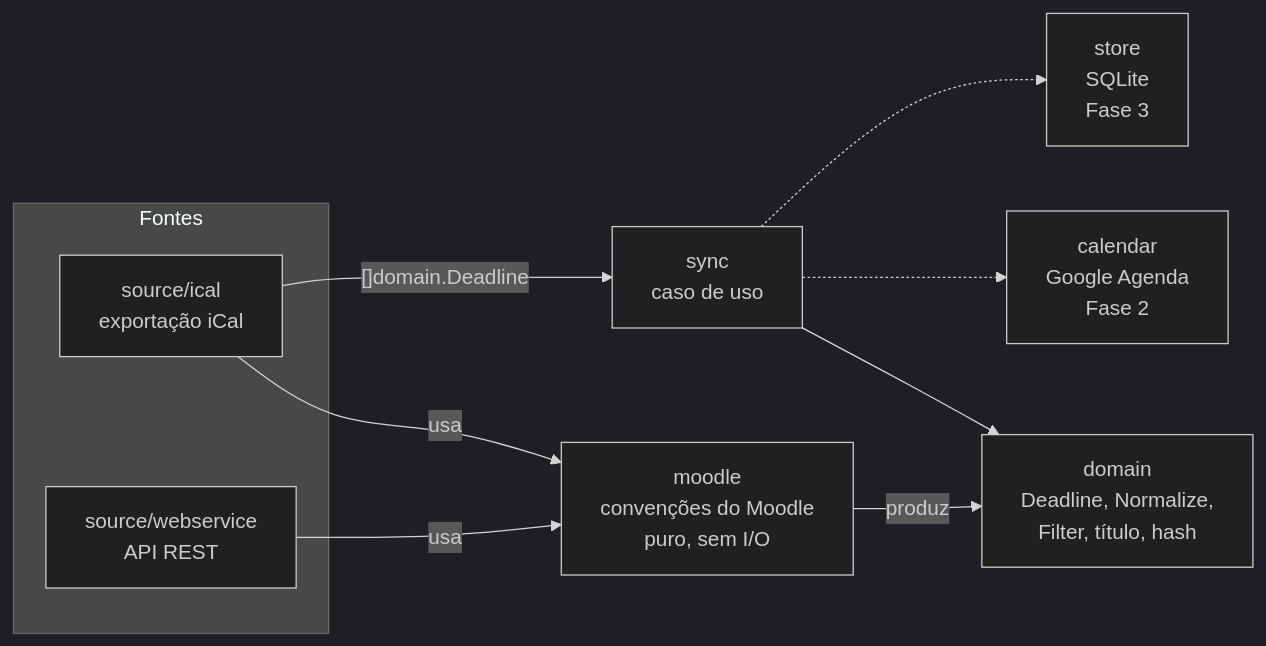
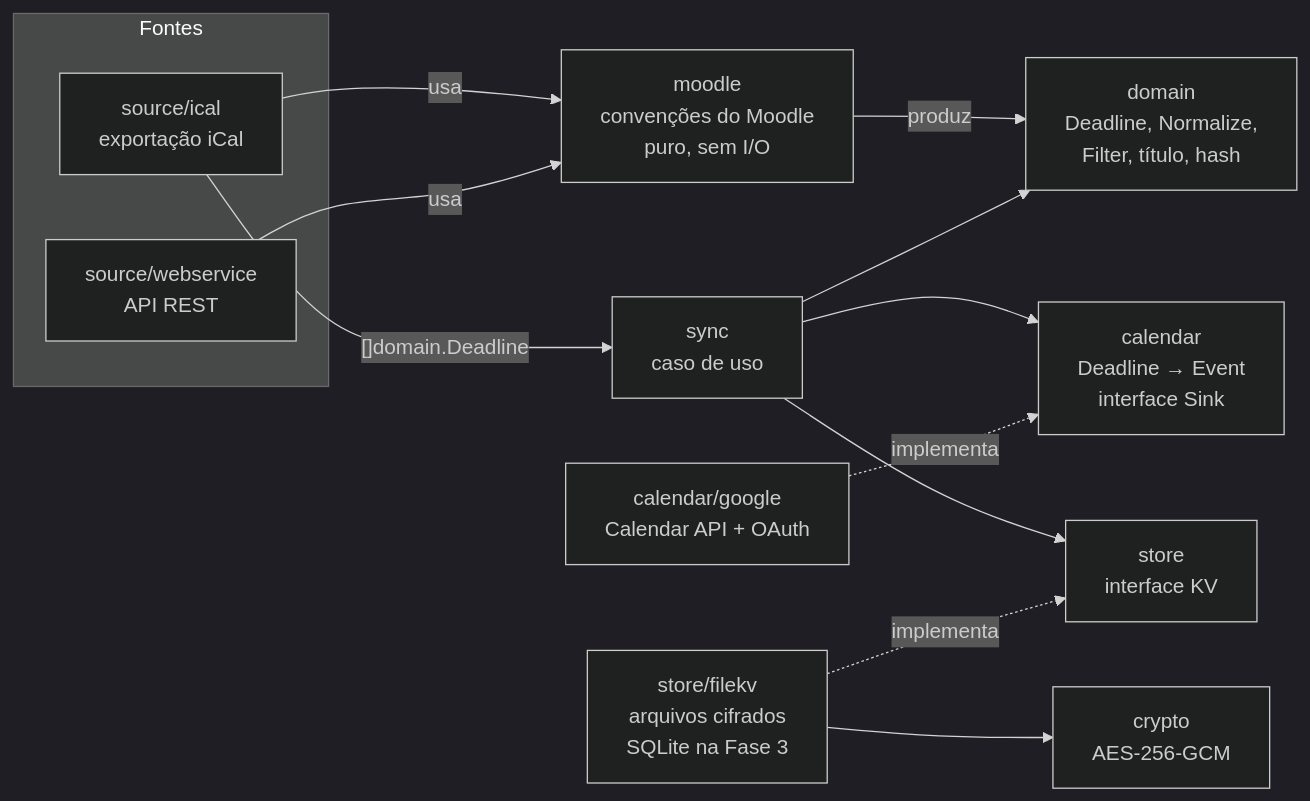
The diagram in docs/arquitetura.md (GabrielLima2803/prazo-api), drawn with Mermaid (dark theme) before and after one commit. The commit also changed other lines of this file and 6 other files, not shown here.

Commit message:
docs: Fase 2, decisões D11–D15 e app móvel no roadmap

````diff
--- a/docs/arquitetura.md
+++ b/docs/arquitetura.md
@@ -9,20 +9,26 @@
 ```mermaid
 flowchart LR
     subgraph Fontes
         ICAL[source/ical<br/>exportação iCal]
         WS[source/webservice<br/>API REST]
     end
     MOODLE[moodle<br/>convenções do Moodle<br/>puro, sem I/O]
     DOMAIN[domain<br/>Deadline, Normalize,<br/>Filter, título, hash]
     SYNC[sync<br/>caso de uso]
-    CAL[calendar<br/>Google Agenda<br/>Fase 2]
-    STORE[store<br/>SQLite<br/>Fase 3]
+    CAL[calendar<br/>Deadline → Event<br/>interface Sink]
+    GOOGLE[calendar/google<br/>Calendar API + OAuth]
+    STORE[store<br/>interface KV]
+    FILEKV[store/filekv<br/>arquivos cifrados<br/>SQLite na Fase 3]
+    CRYPTO[crypto<br/>AES-256-GCM]
 
     ICAL -- usa --> MOODLE
     WS -- usa --> MOODLE
     MOODLE -- produz --> DOMAIN
     ICAL -- "[]domain.Deadline" --> SYNC
     SYNC --> DOMAIN
-    SYNC -.-> CAL
-    SYNC -.-> STORE
+    SYNC --> CAL
+    GOOGLE -. implementa .-> CAL
+    SYNC --> STORE
+    FILEKV -. implementa .-> STORE
+    FILEKV --> CRYPTO
 ```
````
